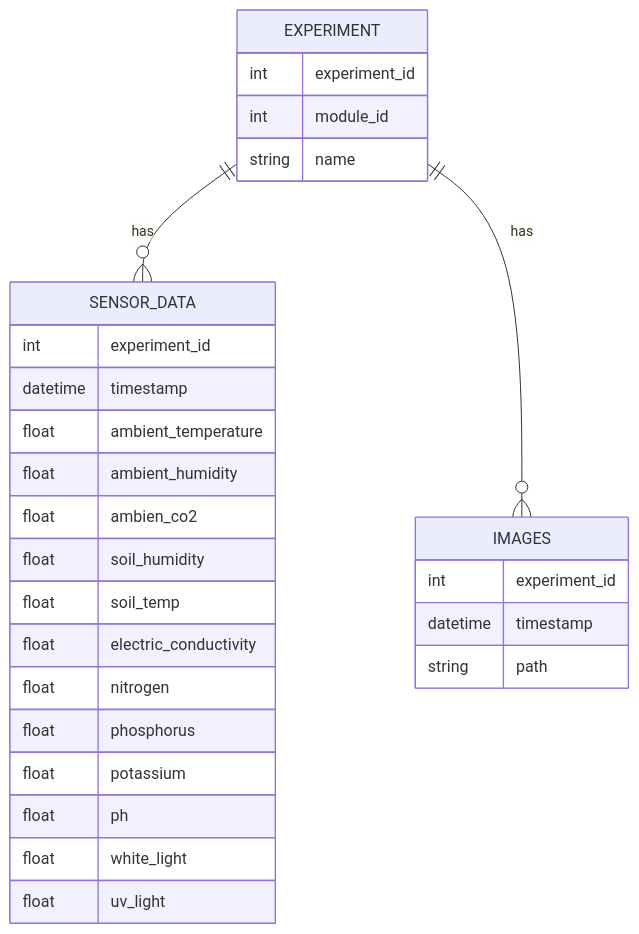
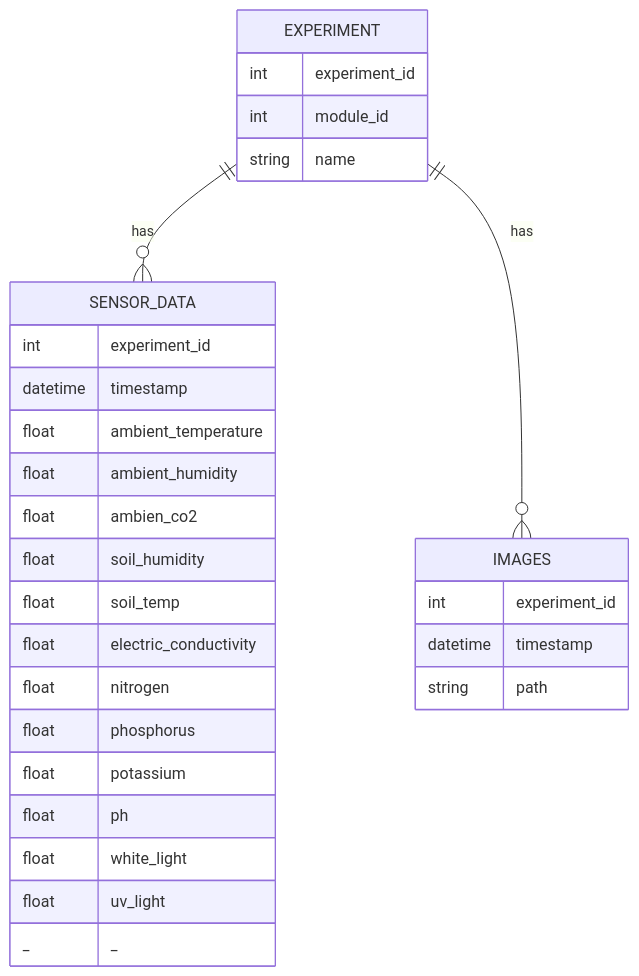
Before and after one commit to eggseal/camara-crecimiento: the second of 4 diagrams in README.md, drawn with Mermaid. The commit also changed other lines of this file and 13 other files, not shown here.

Commit message:
Add flowcharts and module Id

````diff
--- a/README.md
+++ b/README.md
@@ -61,35 +61,36 @@
 ```mermaid
 erDiagram
 
     SENSOR_DATA {
         int experiment_id
         datetime timestamp
         float ambient_temperature
         float ambient_humidity
         float ambien_co2
         float soil_humidity
         float soil_temp
         float electric_conductivity
         float nitrogen
         float phosphorus
         float potassium
         float ph
         float white_light
         float uv_light
+        _ _
     }
 
     EXPERIMENT {
         int experiment_id
         int module_id
         string name
     }
 
     IMAGES {
         int experiment_id
         datetime timestamp
         string path
     }
 
     EXPERIMENT ||--o{ SENSOR_DATA : has
     EXPERIMENT ||--o{ IMAGES : has
 ```
````
